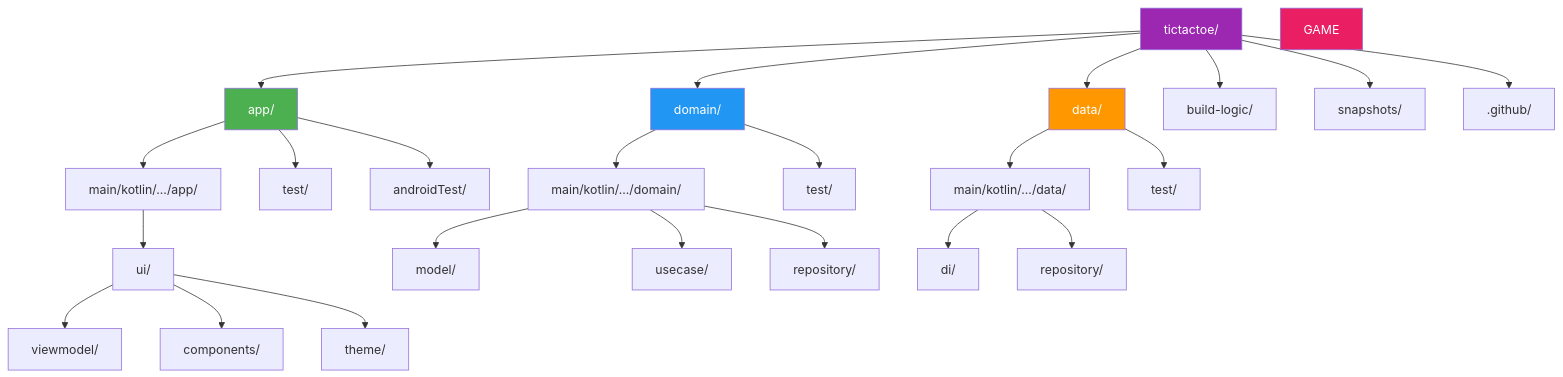
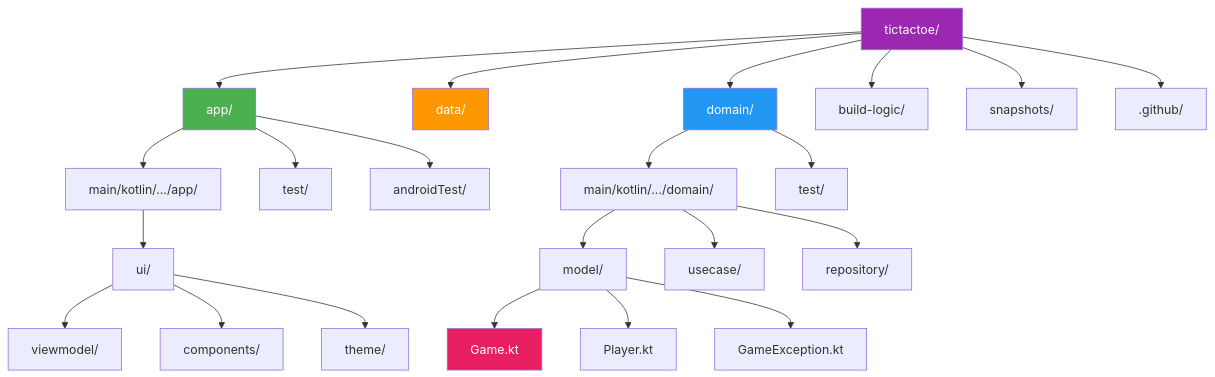
One commit to 2026-DEV2-007-Hatem-NOUREDDINE/tictactoeV2 changed diagram 18 of 18 in README.md. Above: the diagram before and after it, drawn with Mermaid. The commit also changed other lines of this file and 39 other files, not shown here.

````diff
--- a/README.md
+++ b/README.md
@@ -476,39 +748,37 @@
 ```mermaid
 graph TD
     ROOT[tictactoe/]
 
-    ROOT --> APP[app/]
-    ROOT --> DATA[data/]
-    ROOT --> DOMAIN[domain/]
-    ROOT --> BUILD_LOGIC[build-logic/]
-    ROOT --> SNAPSHOTS[snapshots/]
-    ROOT --> GITHUB[.github/]
+ROOT --> APP[app/]
+ROOT --> DATA[data/]
+ROOT --> DOMAIN[domain/]
+ROOT --> BUILD_LOGIC[build-logic/]
+ROOT --> SNAPSHOTS[snapshots/]
+ROOT --> GITHUB[.github/]
 
-    APP --> APP_MAIN[main/kotlin/.../app/]
-    APP --> APP_TEST[test/]
-    APP --> APP_ANDROID[androidTest/]
+APP --> APP_MAIN[main/kotlin/.../app/]
+APP --> APP_TEST[test/]
+APP --> APP_ANDROID[androidTest/]
 
-    APP_MAIN --> UI[ui/]
-    UI --> VIEWMODEL[viewmodel/]
-    UI --> COMPONENTS[components/]
-    UI --> THEME[theme/]
+APP_MAIN --> UI[ui/]
+UI --> VIEWMODEL[viewmodel/]
+UI --> COMPONENTS[components/]
+UI --> THEME[theme/]
 
-    DOMAIN --> DOMAIN_MAIN[main/kotlin/.../domain/]
-    DOMAIN --> DOMAIN_TEST[test/]
+DOMAIN --> DOMAIN_MAIN[main/kotlin/.../domain/]
+DOMAIN --> DOMAIN_TEST[test/]
 
-    DOMAIN_MAIN --> MODEL[model/]
-    DOMAIN_MAIN --> USECASE[usecase/]
-    DOMAIN_MAIN --> REPO_INT[repository/]
+DOMAIN_MAIN --> MODEL[model/]
+DOMAIN_MAIN --> USECASE[usecase/]
+DOMAIN_MAIN --> REPO_INT[repository/]
 
-    DATA --> DATA_MAIN[main/kotlin/.../data/]
-    DATA --> DATA_TEST[test/]
+MODEL --> GAME[Game.kt]
+MODEL --> PLAYER[Player.kt]
+MODEL --> EXCEPTION[GameException.kt]
 
-    DATA_MAIN --> DI[di/]
-    DATA_MAIN --> REPO_[repository/]
-
-    style ROOT fill:#9C27B0,color:#fff
-    style APP fill:#4CAF50,color:#fff
-    style DATA fill:#FF9800,color:#fff
-    style DOMAIN fill:#2196F3,color:#fff
-    style GAME fill:#E91E63,color:#fff
+style ROOT fill: #9C27B0, color: #fff
+style APP fill: #4CAF50, color: #fff
+style DATA fill: #FF9800, color: #fff
+style DOMAIN fill: #2196F3, color: #fff
+style GAME fill: #E91E63, color: #fff
 ```
````
